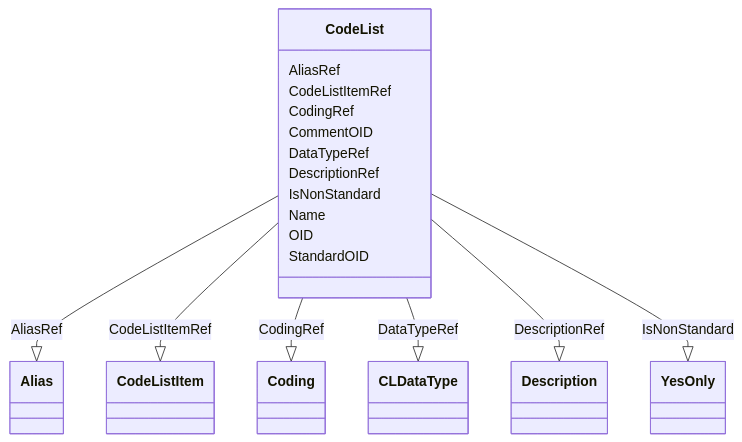
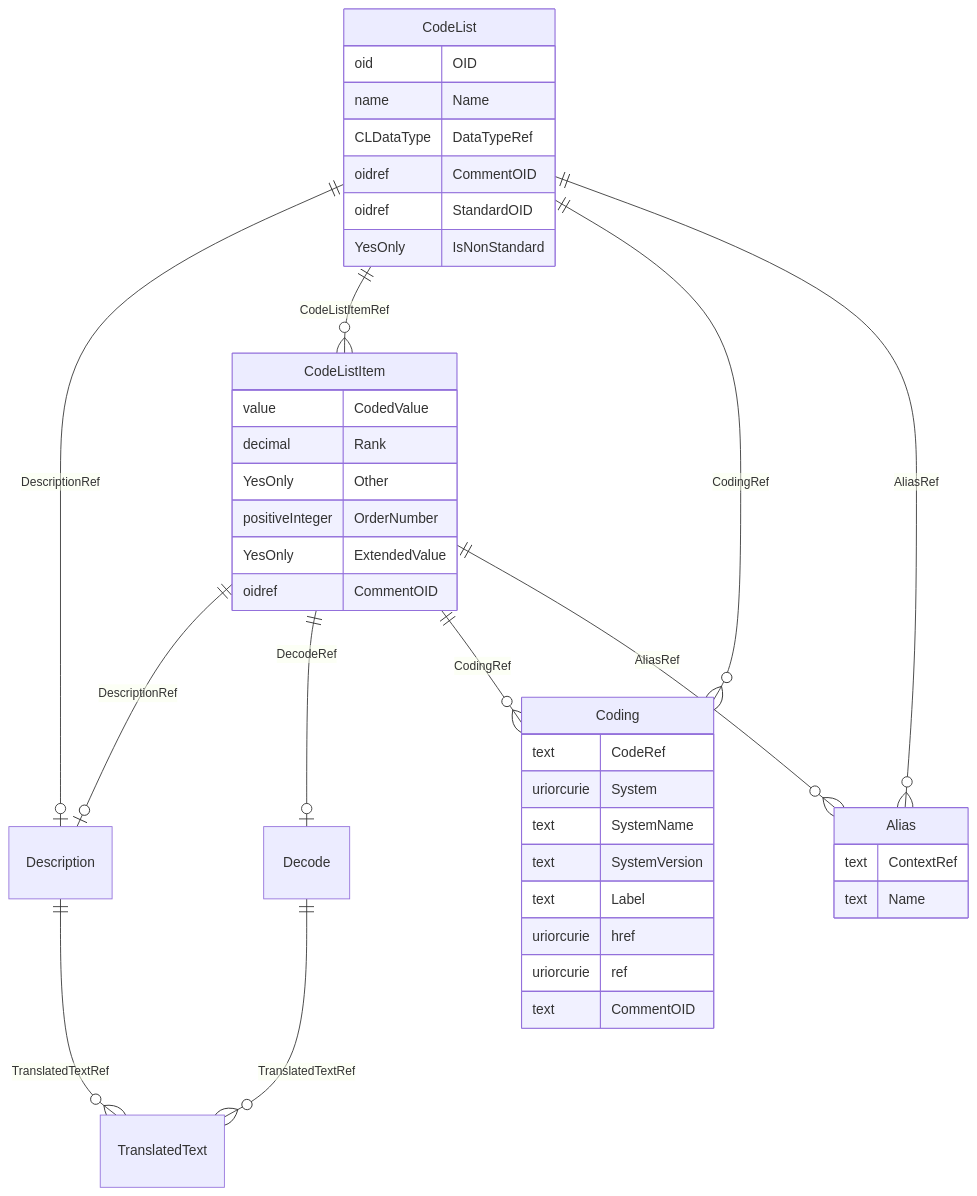
One commit to cdisc-org/DataExchange-ODM-LinkML changed the diagram in docs/CodeList.md. Above: the diagram before and after it, drawn with Mermaid. The commit also changed other lines of this file and 181 other files, not shown here.

Commit message:
ER diagrams working via templates and removing names with underscores

````diff
--- a/docs/CodeList.md
+++ b/docs/CodeList.md
@@ -14,37 +11,51 @@
 ```mermaid
- classDiagram
-    class CodeList
-      CodeList : AliasRef
-        
-          CodeList --|> Alias : AliasRef
-        
-      CodeList : CodeListItemRef
-        
-          CodeList --|> CodeListItem : CodeListItemRef
-        
-      CodeList : CodingRef
-        
-          CodeList --|> Coding : CodingRef
-        
-      CodeList : CommentOID
-        
-      CodeList : DataTypeRef
-        
-          CodeList --|> CLDataType : DataTypeRef
-        
-      CodeList : DescriptionRef
-        
-          CodeList --|> Description : DescriptionRef
-        
-      CodeList : IsNonStandard
-        
-          CodeList --|> YesOnly : IsNonStandard
-        
-      CodeList : Name
-        
-      CodeList : OID
-        
-      CodeList : StandardOID
-        
-      
+erDiagram
+CodeList {
+    oid OID  
+    name Name  
+    CLDataType DataTypeRef  
+    oidref CommentOID  
+    oidref StandardOID  
+    YesOnly IsNonStandard  
+}
+Alias {
+    text ContextRef  
+    text Name  
+}
+Coding {
+    text CodeRef  
+    uriorcurie System  
+    text SystemName  
+    text SystemVersion  
+    text Label  
+    uriorcurie href  
+    uriorcurie ref  
+    text CommentOID  
+}
+CodeListItem {
+    value CodedValue  
+    decimal Rank  
+    YesOnly Other  
+    positiveInteger OrderNumber  
+    YesOnly ExtendedValue  
+    oidref CommentOID  
+}
+Decode {
+
+}
+Description {
+
+}
+
+CodeList ||--|o Description : "DescriptionRef"
+CodeList ||--}o CodeListItem : "CodeListItemRef"
+CodeList ||--}o Coding : "CodingRef"
+CodeList ||--}o Alias : "AliasRef"
+CodeListItem ||--|o Description : "DescriptionRef"
+CodeListItem ||--|o Decode : "DecodeRef"
+CodeListItem ||--}o Coding : "CodingRef"
+CodeListItem ||--}o Alias : "AliasRef"
+Decode ||--}o TranslatedText : "TranslatedTextRef"
+Description ||--}o TranslatedText : "TranslatedTextRef"
+
 ```
````
